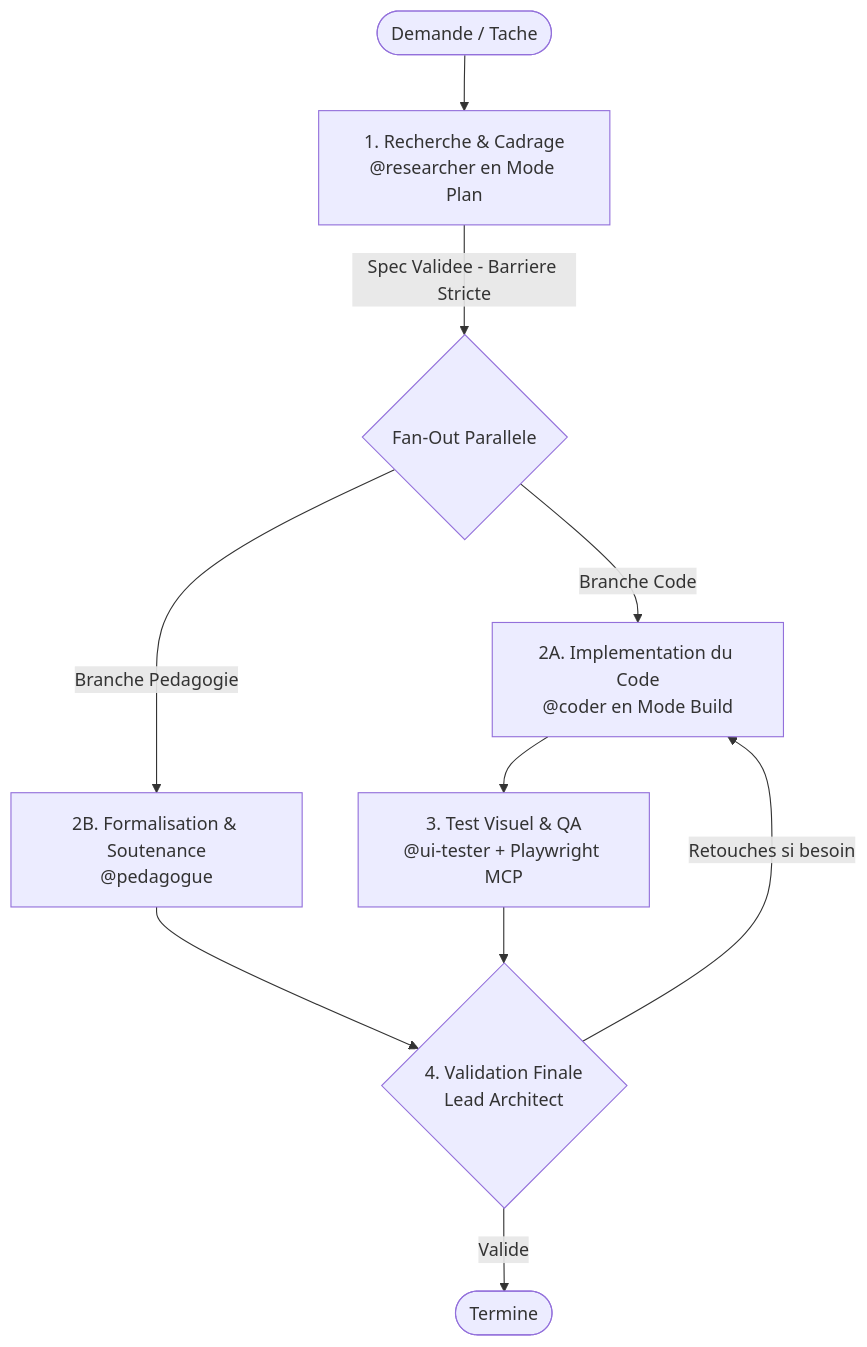
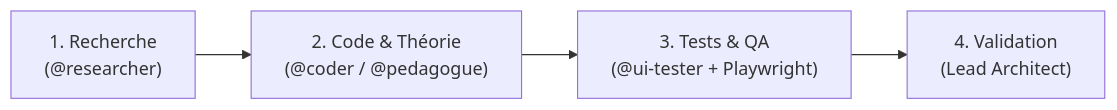
Before and after one commit to lyko27/worflow-AI: the diagram in README.fr.md, drawn with Mermaid. The commit also changed other lines of this file and 1 other file, not shown here.

````diff
--- a/README.fr.md
+++ b/README.fr.md
@@ -17,12 +15,6 @@
 ```mermaid
-flowchart TD
-    Start([Demande / Tache]) --> P1[1. Recherche & Cadrage\n@researcher en Mode Plan]
-    P1 -->|Spec Validee - Barriere Stricte| FanOut{Fan-Out Parallele}
-    FanOut -->|Branche Code| P2A[2A. Implementation du Code\n@coder en Mode Build]
-    FanOut -->|Branche Pedagogie| P2B[2B. Formalisation & Soutenance\n@pedagogue]
-    P2A --> P3[3. Test Visuel & QA\n@ui-tester + Playwright MCP]
-    P2B --> P4
-    P3 --> P4{4. Validation Finale\nLead Architect}
-    P4 -- Retouches si besoin --> P2A
-    P4 -- Valide --> End([Termine])
+flowchart LR
+    P1["1. Recherche\n(@researcher)"] --> P2["2. Code & Théorie\n(@coder / @pedagogue)"]
+    P2 --> P3["3. Tests & QA\n(@ui-tester + Playwright)"]
+    P3 --> P4["4. Validation\n(Lead Architect)"]
 ```
````
